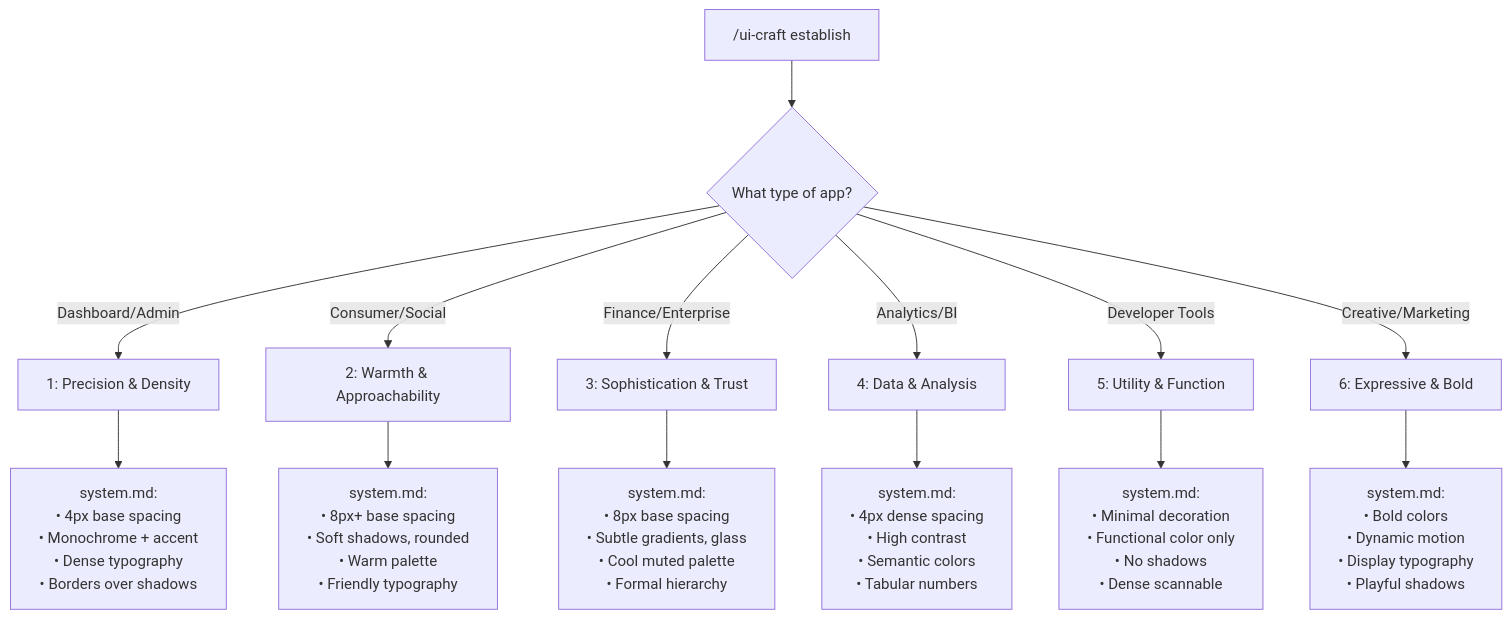
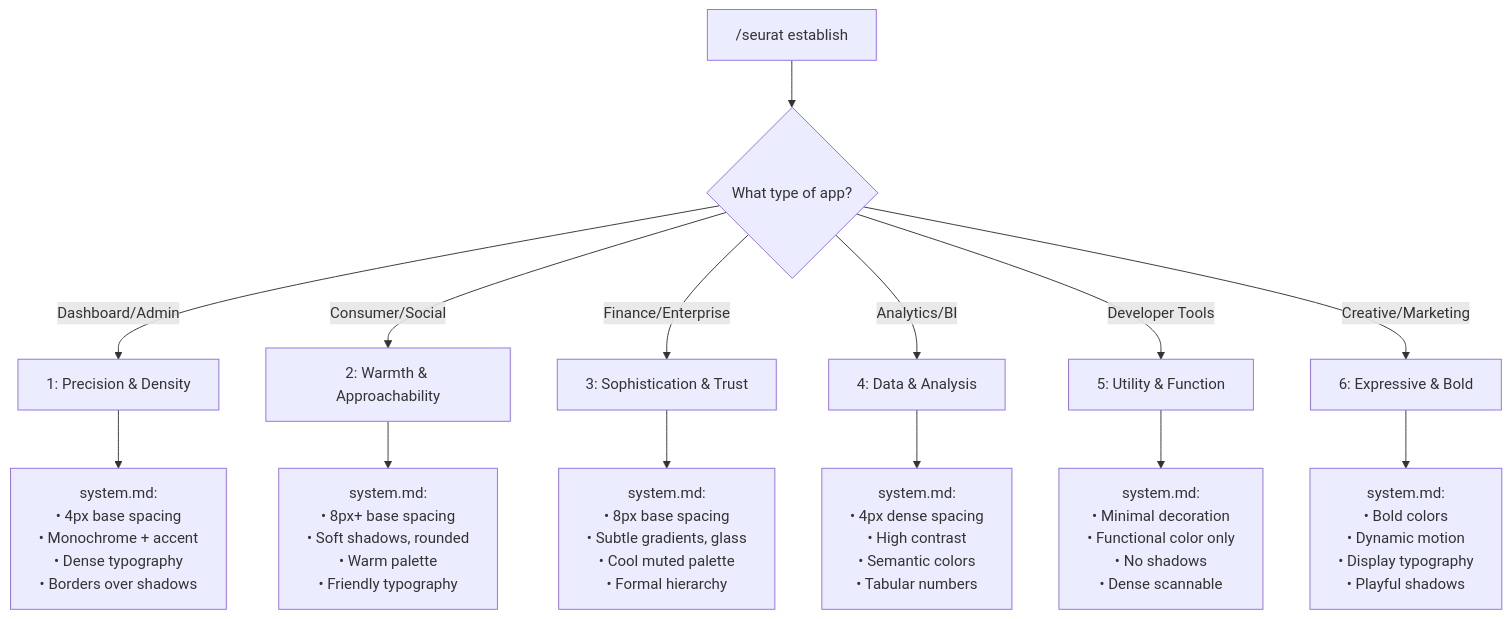
One commit to TNASRLSB/vibe-framework changed the sixth of 13 diagrams in .claude/docs/workflows.md. Above: the diagram before and after it, drawn with Mermaid. The commit also changed other lines of this file and 227 other files, not shown here.

````diff
--- a/.claude/docs/workflows.md
+++ b/.claude/docs/workflows.md
@@ -165,17 +165,17 @@
 ```mermaid
 flowchart TD
-    A["/ui-craft establish"] --> B{What type of app?}
+    A["/seurat establish"] --> B{What type of app?}
     B -->|Dashboard/Admin| C[1: Precision & Density]
     B -->|Consumer/Social| D[2: Warmth & Approachability]
     B -->|Finance/Enterprise| E[3: Sophistication & Trust]
     B -->|Analytics/BI| F[4: Data & Analysis]
     B -->|Developer Tools| G[5: Utility & Function]
     B -->|Creative/Marketing| H[6: Expressive & Bold]
 
     C --> I["system.md:<br/>• 4px base spacing<br/>• Monochrome + accent<br/>• Dense typography<br/>• Borders over shadows"]
     D --> J["system.md:<br/>• 8px+ base spacing<br/>• Soft shadows, rounded<br/>• Warm palette<br/>• Friendly typography"]
     E --> K["system.md:<br/>• 8px base spacing<br/>• Subtle gradients, glass<br/>• Cool muted palette<br/>• Formal hierarchy"]
     F --> L["system.md:<br/>• 4px dense spacing<br/>• High contrast<br/>• Semantic colors<br/>• Tabular numbers"]
     G --> M["system.md:<br/>• Minimal decoration<br/>• Functional color only<br/>• No shadows<br/>• Dense scannable"]
     H --> N["system.md:<br/>• Bold colors<br/>• Dynamic motion<br/>• Display typography<br/>• Playful shadows"]
 ```
````
